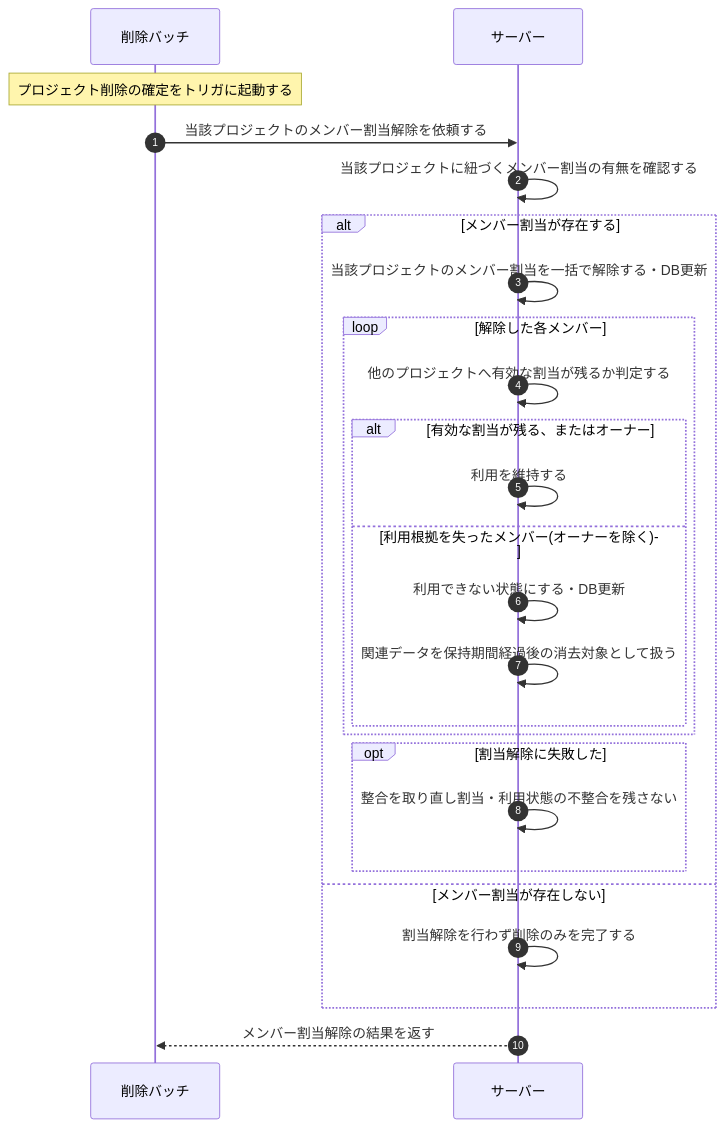
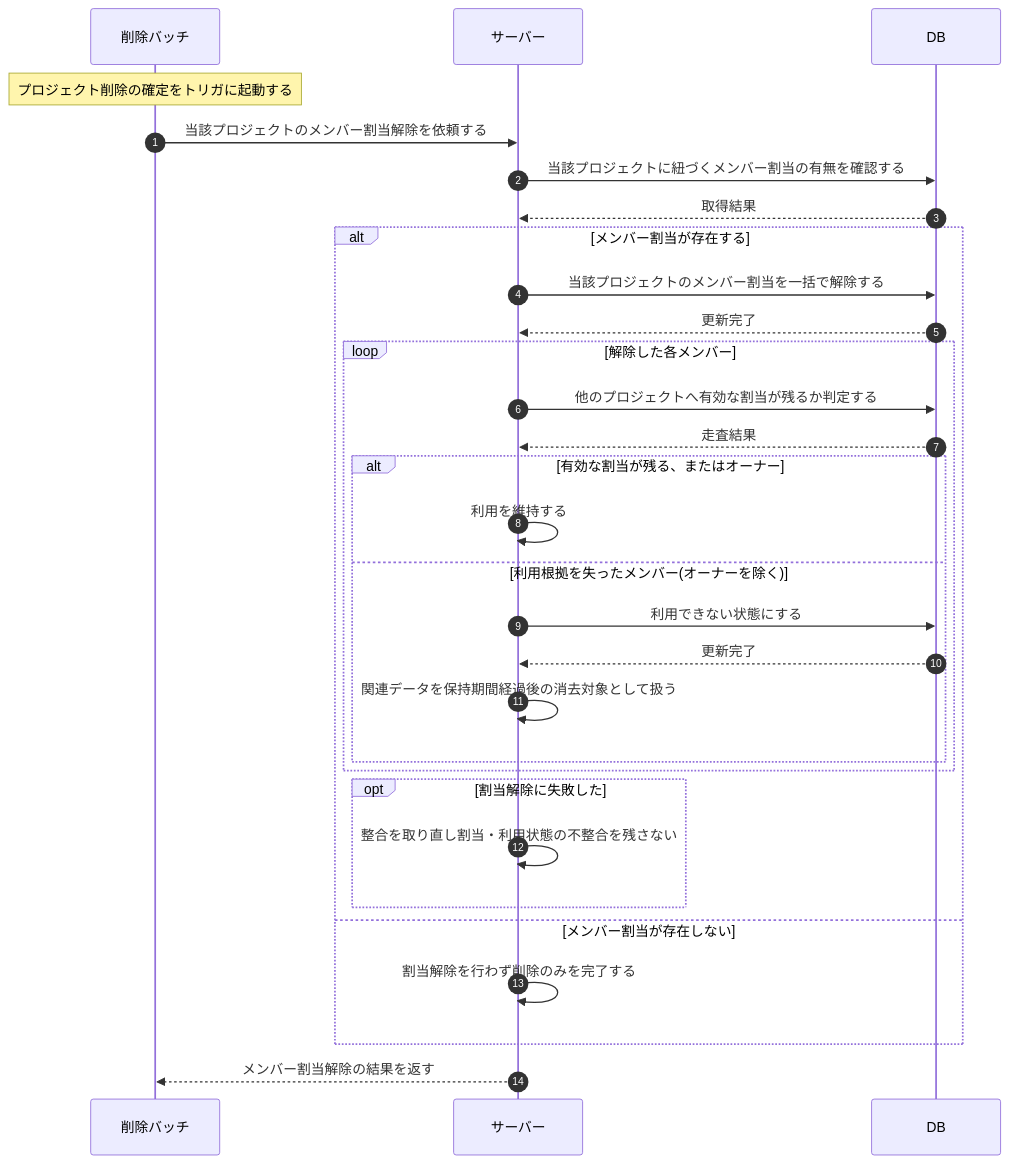
Before and after one commit to sikakou54/open-faq: the diagram in 02_basic_design/03_sequences/SEQ-119.md, drawn with Mermaid. The commit also changed other lines of this file and 122 other files, not shown here.

First line of the commit message:
シーケンス図に DB アクターを追加(DB 操作をサーバー自己メッセージから分離)

````diff
--- a/02_basic_design/03_sequences/SEQ-119.md
+++ b/02_basic_design/03_sequences/SEQ-119.md
@@ -26,27 +26,32 @@
 ```mermaid
 sequenceDiagram
   autonumber
   participant B as 削除バッチ
   participant Server as サーバー
+  participant DB as DB
   Note over B: プロジェクト削除の確定をトリガに起動する
   B->>Server: 当該プロジェクトのメンバー割当解除を依頼する
-  Server->>Server: 当該プロジェクトに紐づくメンバー割当の有無を確認する
+  Server->>DB: 当該プロジェクトに紐づくメンバー割当の有無を確認する
+  DB-->>Server: 取得結果
   alt メンバー割当が存在する
-    Server->>Server: 当該プロジェクトのメンバー割当を一括で解除する・DB更新
+    Server->>DB: 当該プロジェクトのメンバー割当を一括で解除する
+    DB-->>Server: 更新完了
     loop 解除した各メンバー
-      Server->>Server: 他のプロジェクトへ有効な割当が残るか判定する
+      Server->>DB: 他のプロジェクトへ有効な割当が残るか判定する
+      DB-->>Server: 走査結果
       alt 有効な割当が残る、またはオーナー
         Server->>Server: 利用を維持する
       else 利用根拠を失ったメンバー(オーナーを除く)
-        Server->>Server: 利用できない状態にする・DB更新
+        Server->>DB: 利用できない状態にする
+        DB-->>Server: 更新完了
         Server->>Server: 関連データを保持期間経過後の消去対象として扱う
       end
     end
     opt 割当解除に失敗した
       Server->>Server: 整合を取り直し割当・利用状態の不整合を残さない
     end
   else メンバー割当が存在しない
     Server->>Server: 割当解除を行わず削除のみを完了する
   end
   Server-->>B: メンバー割当解除の結果を返す
 ```
````
